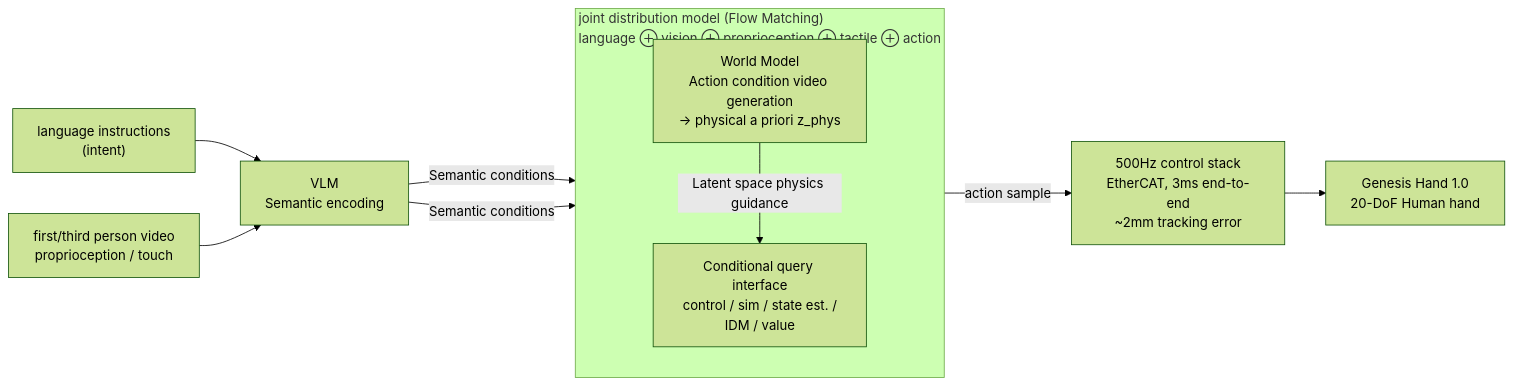
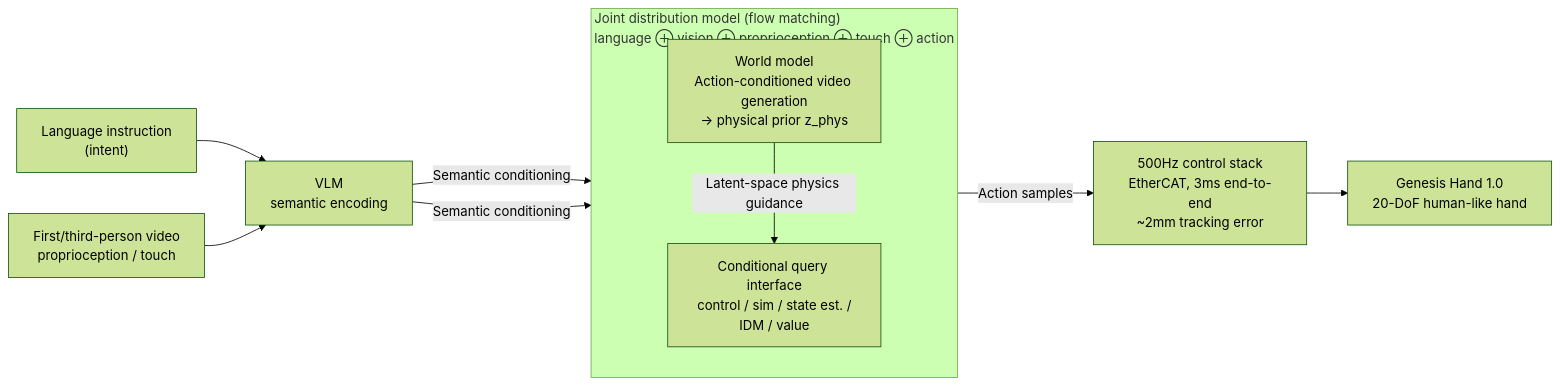
Before and after one commit to TingdeLiu/tingdeliu.github.io: the fifth of 11 diagrams in _translations/en/research/World-Models-Survey.md, drawn with Mermaid (forest theme). The commit also changed other lines of this file and 51 other files, not shown here.

````diff
--- a/_translations/en/research/World-Models-Survey.md
+++ b/_translations/en/research/World-Models-Survey.md
@@ -1097,18 +1097,18 @@
 ```mermaid
 flowchart LR
-    Lang["language instructions\n(intent)"] --> VLM
-    Img["first/third person video\nproprioception / touch"] --> VLM
+    Lang["Language instruction\n(intent)"] --> VLM
+    Img["First/third-person video\nproprioception / touch"] --> VLM
 
-    VLM["VLM\nSemantic encoding"] -->|"Semantic conditions"| Joint
-    VLM -->|"Semantic conditions"| WM
+    VLM["VLM\nsemantic encoding"] -->|"Semantic conditioning"| Joint
+    VLM -->|"Semantic conditioning"| WM
 
-    subgraph Joint["joint distribution model (Flow Matching)\n language ⊕ vision ⊕ proprioception ⊕ tactile ⊕ action"]
+    subgraph Joint["Joint distribution model (flow matching)\n language ⊕ vision ⊕ proprioception ⊕ touch ⊕ action"]
         direction TB
-        WM["World Model\nAction condition video generation\n→ physical a priori z_phys"]
+        WM["World model\nAction-conditioned video generation\n→ physical prior z_phys"]
         Cond["Conditional query interface\n control / sim / state est. / IDM / value"]
     end
 
-    WM -->|"Latent space physics guidance"| Cond
-    Cond -->|"action sample"| Ctrl["500Hz control stack\nEtherCAT, 3ms end-to-end\n~2mm tracking error"]
-    Ctrl --> Hand["Genesis Hand 1.0\n20-DoF Human hand"]
+    WM -->|"Latent-space physics guidance"| Cond
+    Cond -->|"Action samples"| Ctrl["500Hz control stack\nEtherCAT, 3ms end-to-end\n~2mm tracking error"]
+    Ctrl --> Hand["Genesis Hand 1.0\n20-DoF human-like hand"]
 ```
````
